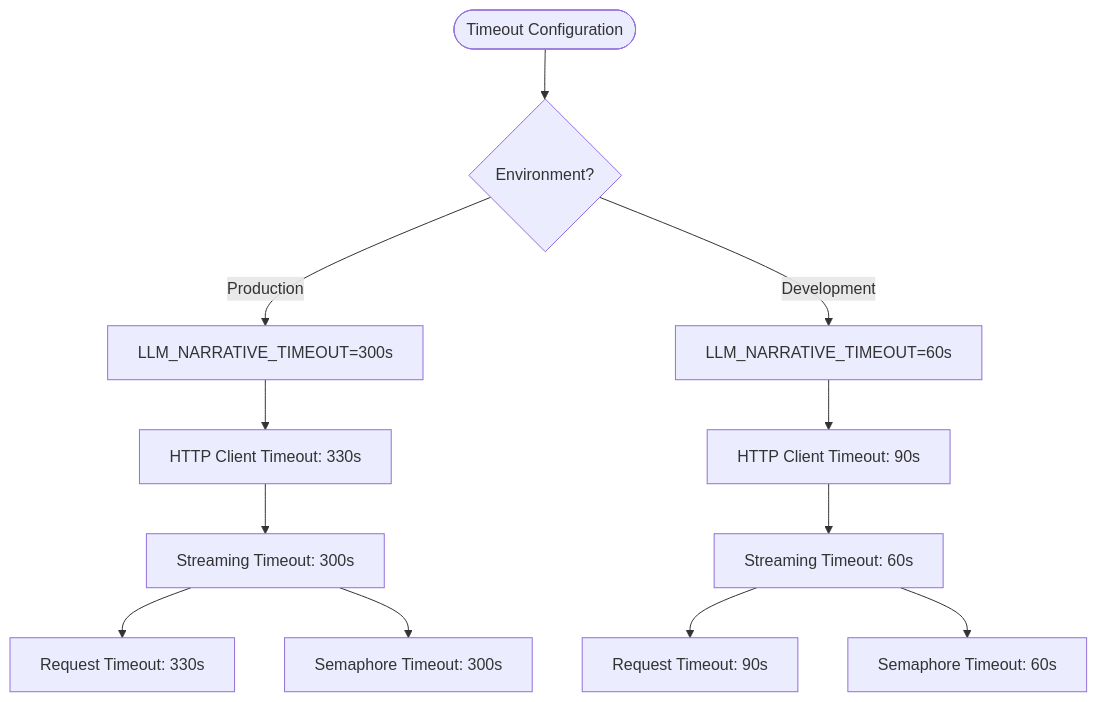
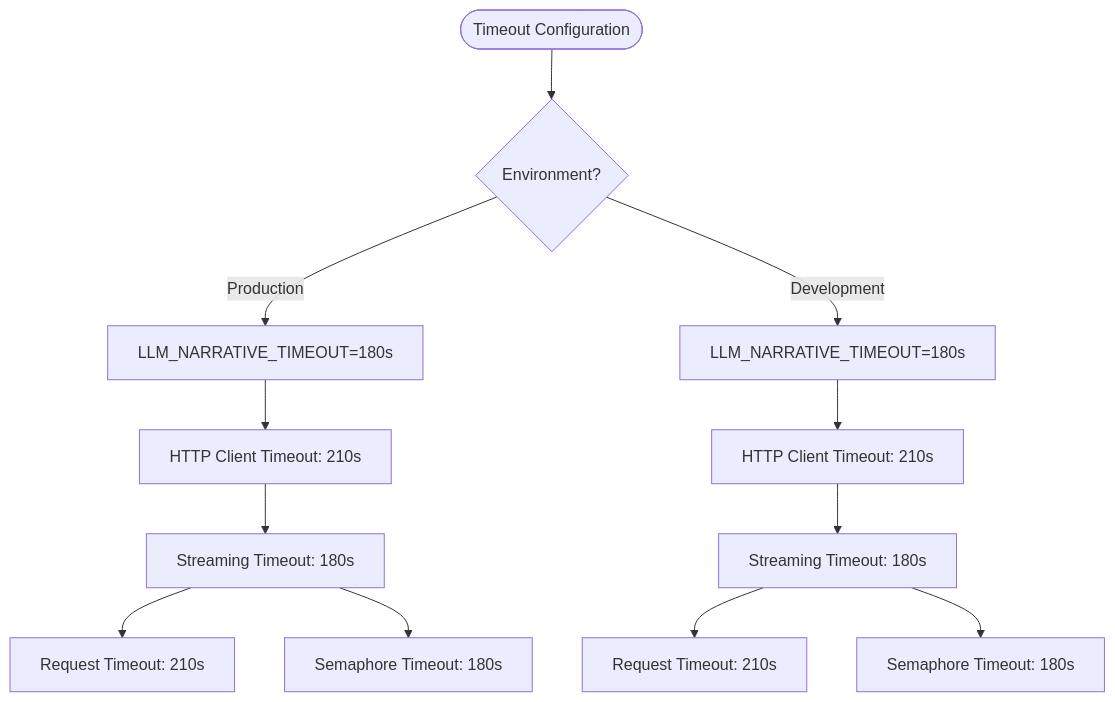
Before and after one commit to Revanththetalogics/aireume: the fifth of 15 diagrams in .qoder/repowiki/en/content/Analysis Engine/LLM Service Integration.md, drawn with Mermaid. The commit also changed other lines of this file and 14 other files, not shown here.

````diff
--- a/.qoder/repowiki/en/content/Analysis Engine/LLM Service Integration.md
+++ b/.qoder/repowiki/en/content/Analysis Engine/LLM Service Integration.md
@@ -325,14 +326,14 @@
 ```mermaid
 flowchart TD
 Start(["Timeout Configuration"]) --> EnvCheck{"Environment?"}
-EnvCheck --> |Production| ProdTimeout["LLM_NARRATIVE_TIMEOUT=300s"]
-EnvCheck --> |Development| DevTimeout["LLM_NARRATIVE_TIMEOUT=60s"]
-ProdTimeout --> HTTPTimeout["HTTP Client Timeout: 330s"]
-DevTimeout --> HTTPTimeout2["HTTP Client Timeout: 90s"]
-HTTPTimeout --> StreamTimeout["Streaming Timeout: 300s"]
-HTTPTimeout2 --> StreamTimeout2["Streaming Timeout: 60s"]
-StreamTimeout --> RequestTimeout["Request Timeout: 330s"]
-StreamTimeout2 --> RequestTimeout2["Request Timeout: 90s"]
-StreamTimeout --> SemaphoreTimeout["Semaphore Timeout: 300s"]
-StreamTimeout2 --> SemaphoreTimeout2["Semaphore Timeout: 60s"]
+EnvCheck --> |Production| ProdTimeout["LLM_NARRATIVE_TIMEOUT=180s"]
+EnvCheck --> |Development| DevTimeout["LLM_NARRATIVE_TIMEOUT=180s"]
+ProdTimeout --> HTTPTimeout["HTTP Client Timeout: 210s"]
+DevTimeout --> HTTPTimeout2["HTTP Client Timeout: 210s"]
+HTTPTimeout --> StreamTimeout["Streaming Timeout: 180s"]
+HTTPTimeout2 --> StreamTimeout2["Streaming Timeout: 180s"]
+StreamTimeout --> RequestTimeout["Request Timeout: 210s"]
+StreamTimeout2 --> RequestTimeout2["Request Timeout: 210s"]
+StreamTimeout --> SemaphoreTimeout["Semaphore Timeout: 180s"]
+StreamTimeout2 --> SemaphoreTimeout2["Semaphore Timeout: 180s"]
 ```
````
